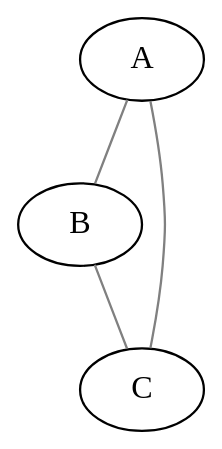
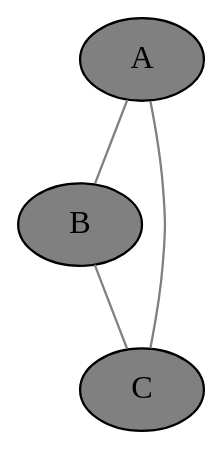
One commit to sswam/allemande changed the first of 2 diagrams in doc/intro.md. Above: the diagram before and after it, drawn with Graphviz. The commit also changed other lines of this file and 1 other file, not shown here.

Commit message:
docs(intro): improve graphviz graph visibility with filled gray nodes

````diff
--- a/doc/intro.md
+++ b/doc/intro.md
@@ -146,7 +146,8 @@
 ```dot
 graph {
     bgcolor="transparent"
+    node [style=filled, fillcolor="#808080"]
     edge [color="#808080"]
     A -- B -- C -- A
 }
 ```
````
